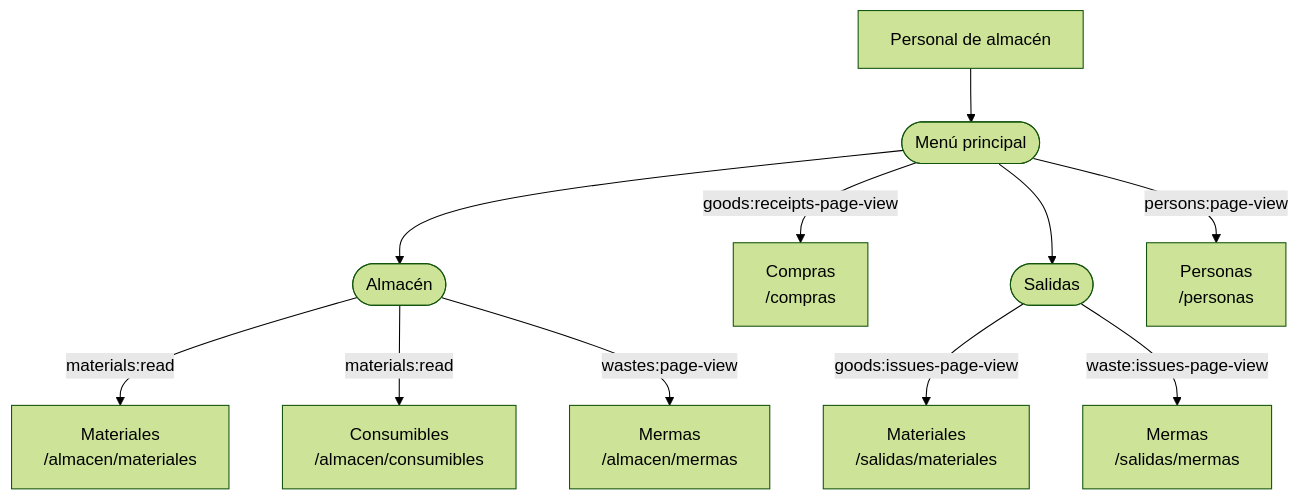
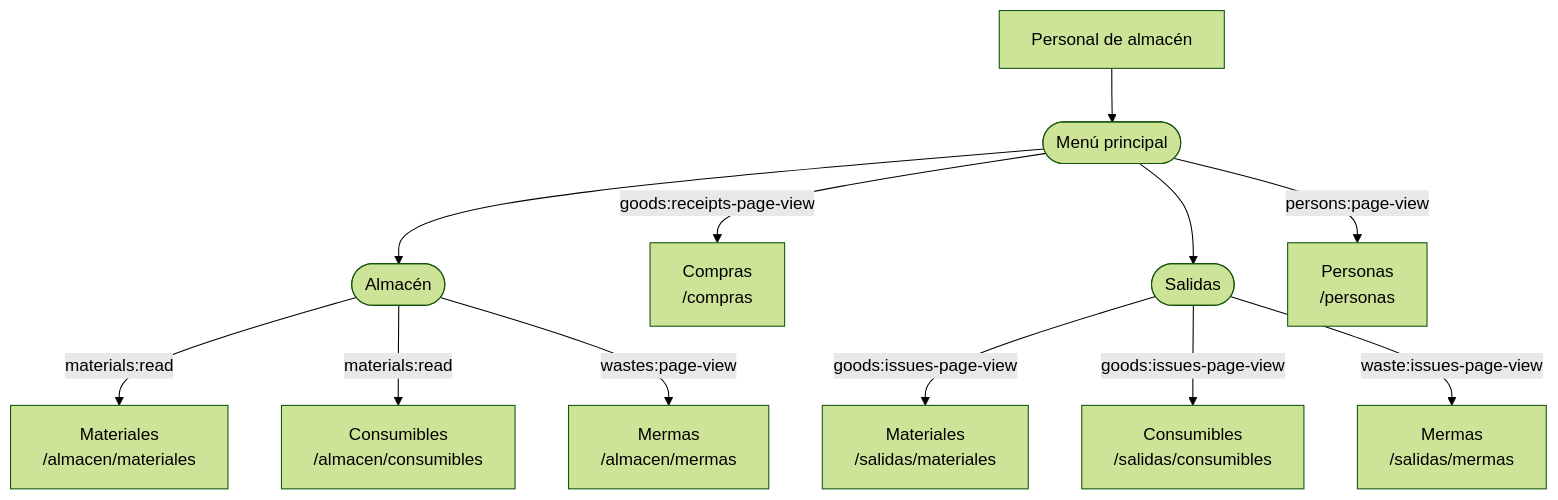
One commit to gpgsistemas01/nexus changed the second of 3 diagrams in docs/architecture/views/scenarios/web-navigation-and-screen-catalog/02-map-visual-of-navigation.md. Above: the diagram before and after it, drawn with Mermaid (forest theme). The commit also changed other lines of this file and 187 other files, not shown here.

````diff
--- a/docs/architecture/views/scenarios/web-navigation-and-screen-catalog/02-map-visual-of-navigation.md
+++ b/docs/architecture/views/scenarios/web-navigation-and-screen-catalog/02-map-visual-of-navigation.md
@@ -51,13 +51,14 @@
 ```mermaid
 flowchart TB
     actor["Personal de almacén"] --> menu(["Menú principal"])
     menu --> warehouse(["Almacén"])
     warehouse -->|"materials:read"| materials["Materiales<br/>/almacen/materiales"]
     warehouse -->|"materials:read"| consumables["Consumibles<br/>/almacen/consumibles"]
     warehouse -->|"wastes:page-view"| wastes["Mermas<br/>/almacen/mermas"]
     menu -->|"goods:receipts-page-view"| purchases["Compras<br/>/compras"]
     menu --> issues(["Salidas"])
     issues -->|"goods:issues-page-view"| goodsIssues["Materiales<br/>/salidas/materiales"]
+    issues -->|"goods:issues-page-view"| consumableIssues["Consumibles<br/>/salidas/consumibles"]
     issues -->|"waste:issues-page-view"| wasteIssues["Mermas<br/>/salidas/mermas"]
     menu -->|"persons:page-view"| persons["Personas<br/>/personas"]
 ```
````
